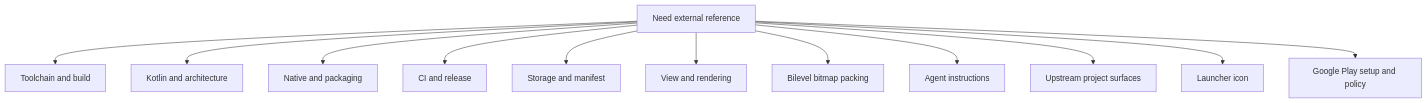
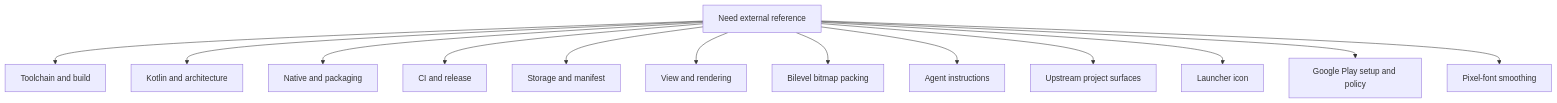
One commit to ppigazzini/r47zen changed the diagram in android/docs/dev/09-official-references.md. Above: the diagram before and after it, drawn with Mermaid. The commit also changed other lines of this file and 23 other files, not shown here.

````diff
--- a/android/docs/dev/09-official-references.md
+++ b/android/docs/dev/09-official-references.md
@@ -14,27 +14,29 @@
 ```mermaid
 flowchart TD
   A[Need external reference]
   B[Toolchain and build]
   C[Kotlin and architecture]
   D[Native and packaging]
   E[CI and release]
   F[Storage and manifest]
   G[View and rendering]
   H[Bilevel bitmap packing]
   I[Agent instructions]
   J[Upstream project surfaces]
   K[Launcher icon]
   L[Google Play setup and policy]
+  M[Pixel-font smoothing]
 
   A --> B
   A --> C
   A --> D
   A --> E
   A --> F
   A --> G
   A --> H
   A --> I
   A --> J
   A --> K
   A --> L
+  A --> M
 ```
````
